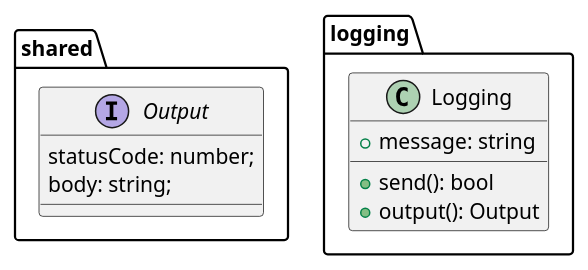
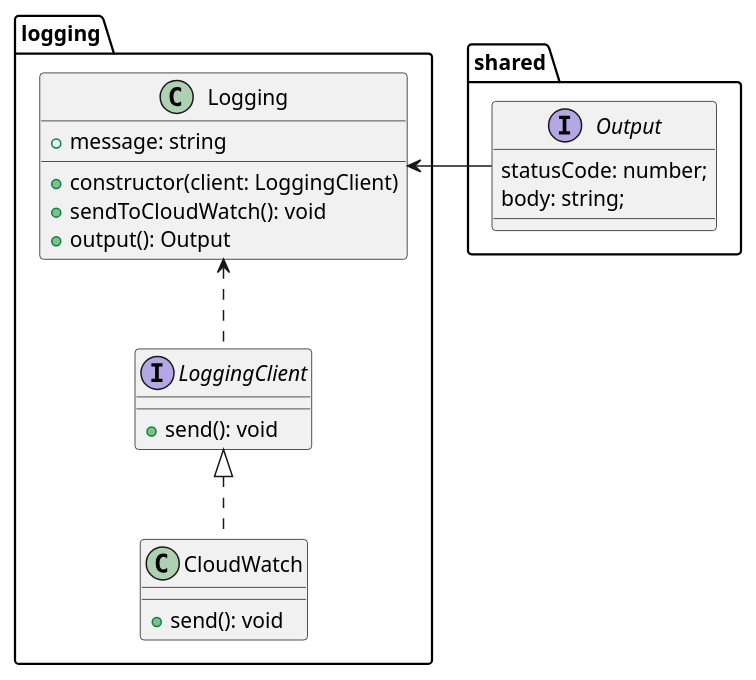
One commit to cesarkohl/dunderly changed the diagram in main.puml. Above: the diagram before and after it, drawn with PlantUML. The commit also changed 4 other files, not shown here.

Commit message:
Implement dependency inversion on CloudWatch

```diff
--- a/main.puml
+++ b/main.puml
@@ -1,15 +1,24 @@
 @startuml
 package shared {
     interface Output {
         statusCode: number;
         body: string;
     }
 }
 package logging {
     class Logging {
         + message: string
-        + send(): bool
+        + constructor(client: LoggingClient)
+        + sendToCloudWatch(): void
         + output(): Output
     }
+    interface LoggingClient {
+        + send(): void
+    }
+    class CloudWatch implements LoggingClient {
+        + send(): void
+    }
+    Logging <.. LoggingClient
+    Logging <- Output
 }
 @enduml
```
